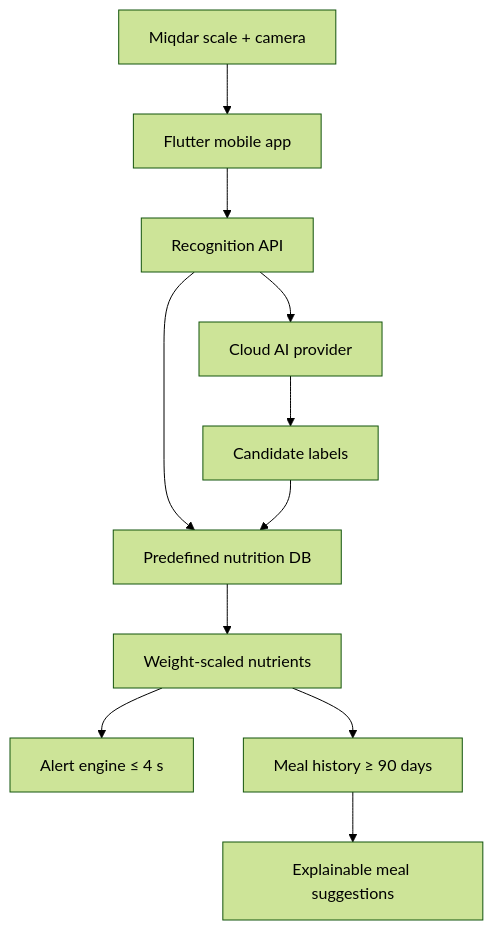
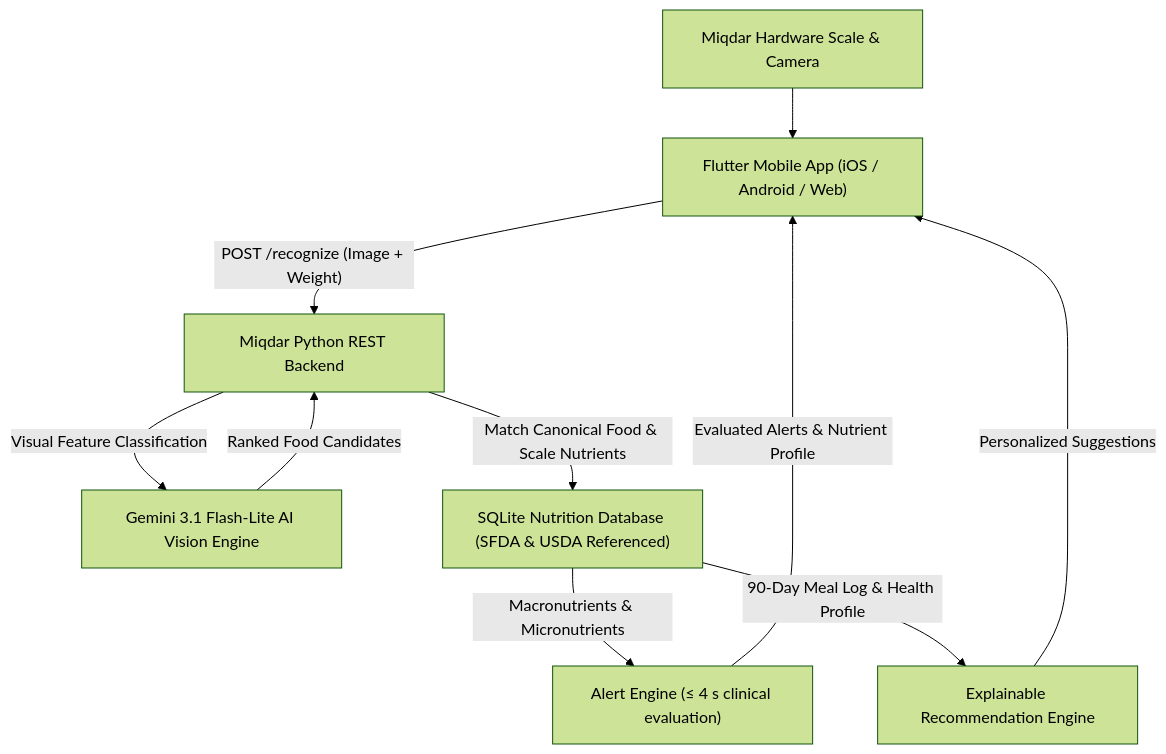
Before and after one commit to Abdullah11Kn/Miqdar: the diagram in README.md, drawn with Mermaid (forest theme). The commit also changed other lines of this file and 75 other files, not shown here.

````diff
--- a/README.md
+++ b/README.md
@@ -20,13 +9,12 @@
 ```mermaid
 flowchart TD
-  A["Miqdar scale + camera"] --> B["Flutter mobile app"]
-  B --> C["Recognition API"]
-  C --> D["Cloud AI provider"]
-  C --> E["Predefined nutrition DB"]
-  D --> F["Candidate labels"]
-  F --> E
-  E --> G["Weight-scaled nutrients"]
-  G --> H["Alert engine ≤ 4 s"]
-  G --> I["Meal history ≥ 90 days"]
-  I --> J["Explainable meal suggestions"]
+  A["Miqdar Hardware Scale & Camera"] --> B["Flutter Mobile App (iOS / Android / Web)"]
+  B -->|"POST /recognize (Image + Weight)"| C["Miqdar Python REST Backend"]
+  C -->|"Visual Feature Classification"| D["Gemini 3.1 Flash-Lite AI Vision Engine"]
+  D -->|"Ranked Food Candidates"| C
+  C -->|"Match Canonical Food & Scale Nutrients"| E["SQLite Nutrition Database (SFDA & USDA Referenced)"]
+  E -->|"Macronutrients & Micronutrients"| F["Alert Engine (≤ 4 s clinical evaluation)"]
+  F -->|"Evaluated Alerts & Nutrient Profile"| B
+  E -->|"90-Day Meal Log & Health Profile"| G["Explainable Recommendation Engine"]
+  G -->|"Personalized Suggestions"| B
 ```
````
